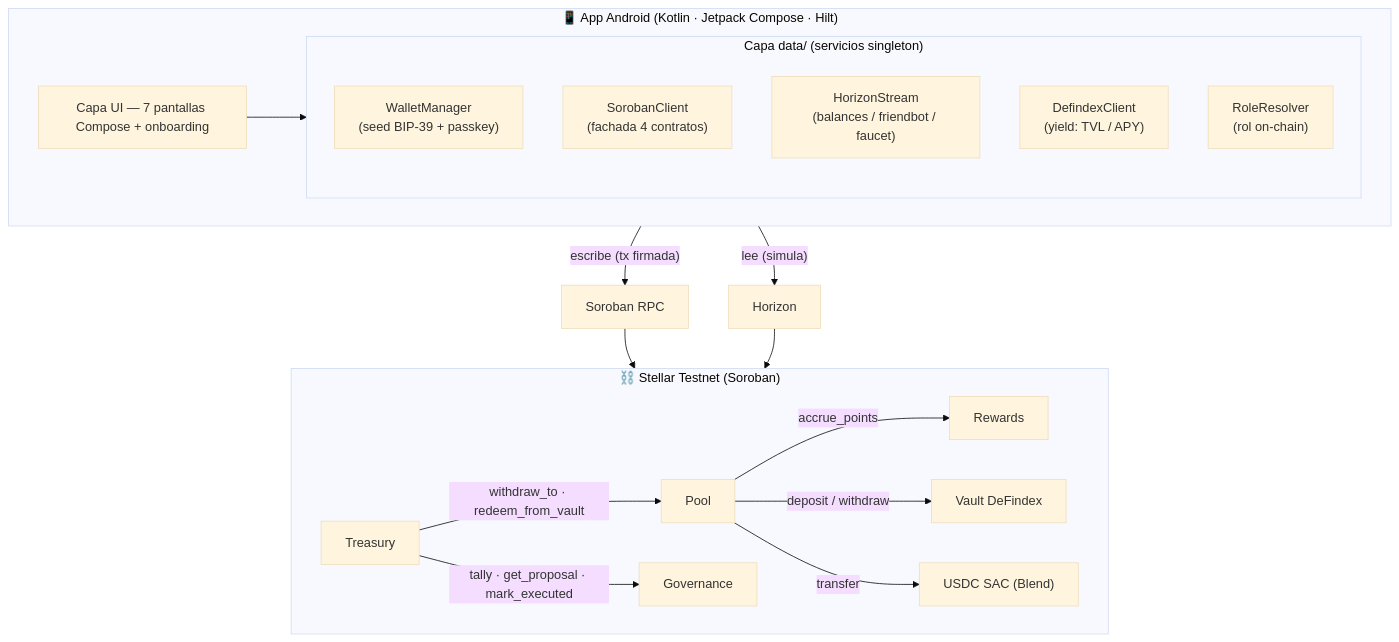
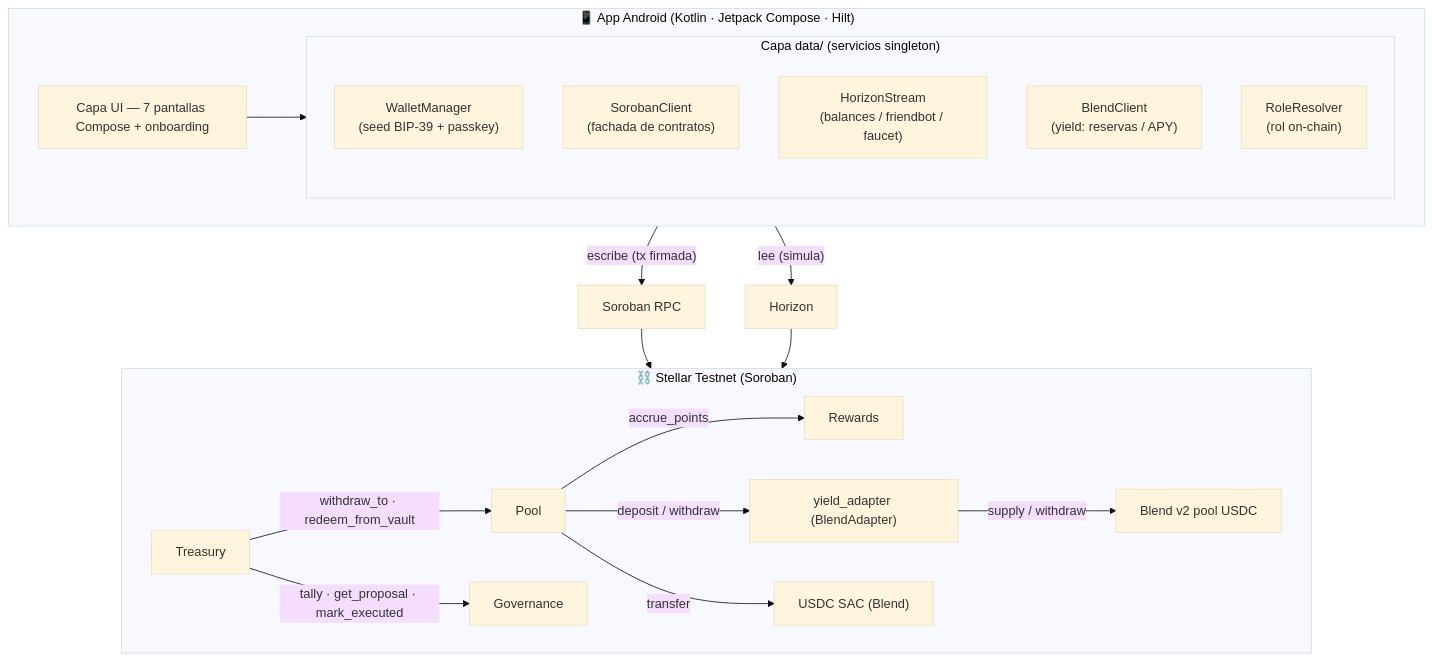
Before and after one commit to JuanWimmin/Protocolo_Raiz: the diagram in README.md, drawn with Mermaid (base theme). The commit also changed other lines of this file and 1 other file, not shown here.

````diff
--- a/README.md
+++ b/README.md
@@ -36,34 +36,36 @@
 ```mermaid
 graph TD
     subgraph APP["📱 App Android (Kotlin · Jetpack Compose · Hilt)"]
         UI["Capa UI — 7 pantallas Compose + onboarding"]
         subgraph DATA["Capa data/ (servicios singleton)"]
             WM["WalletManager<br/>(seed BIP-39 + passkey)"]
-            SC["SorobanClient<br/>(fachada 4 contratos)"]
+            SC["SorobanClient<br/>(fachada de contratos)"]
             HS["HorizonStream<br/>(balances / friendbot / faucet)"]
-            DC["DefindexClient<br/>(yield: TVL / APY)"]
+            BC["BlendClient<br/>(yield: reservas / APY)"]
             RR["RoleResolver<br/>(rol on-chain)"]
         end
         UI --> DATA
     end
 
     APP -->|"escribe (tx firmada)"| RPC["Soroban RPC"]
     APP -->|"lee (simula)"| HOR["Horizon"]
     RPC --> LEDGER
     HOR --> LEDGER
 
     subgraph LEDGER["⛓️ Stellar Testnet (Soroban)"]
         POOL["Pool"]
         GOV["Governance"]
         TRE["Treasury"]
         REW["Rewards"]
         USDC["USDC SAC (Blend)"]
-        VAULT["Vault DeFindex"]
+        ADAPTER["yield_adapter (BlendAdapter)"]
+        BLEND["Blend v2 pool USDC"]
 
         POOL -->|"accrue_points"| REW
-        POOL -->|"deposit / withdraw"| VAULT
+        POOL -->|"deposit / withdraw"| ADAPTER
+        ADAPTER -->|"supply / withdraw"| BLEND
         TRE -->|"tally · get_proposal · mark_executed"| GOV
         TRE -->|"withdraw_to · redeem_from_vault"| POOL
         POOL -->|"transfer"| USDC
     end
 ```
````
